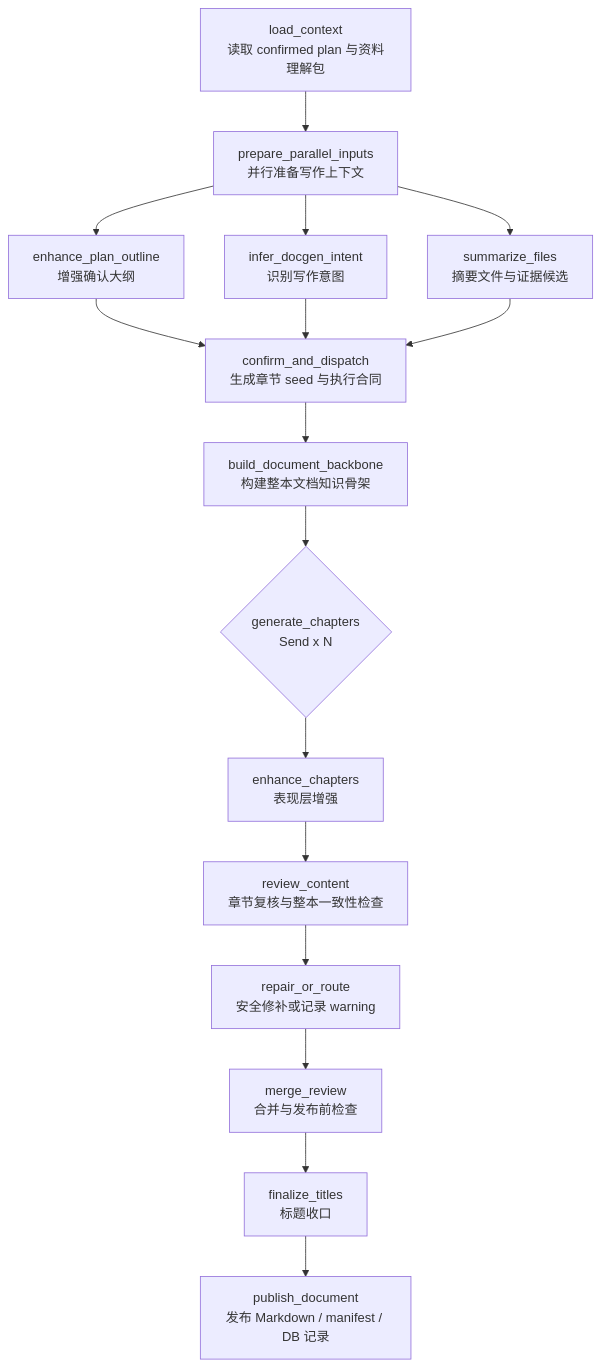
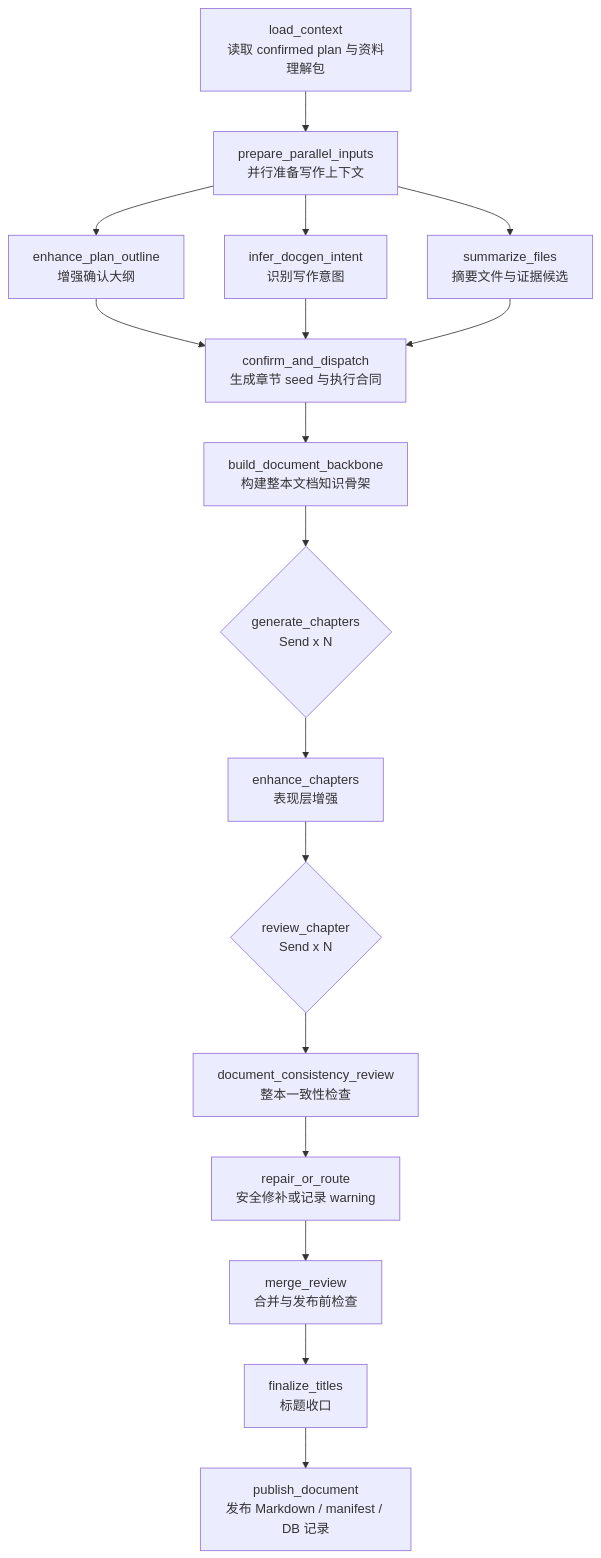
Before and after one commit to aiteachme/AITeachMe: the diagram in backend/app/workflows/digest/docgen/README.md, drawn with Mermaid. The commit also changed other lines of this file and 5 other files, not shown here.

````diff
--- a/backend/app/workflows/digest/docgen/README.md
+++ b/backend/app/workflows/digest/docgen/README.md
@@ -50,33 +51,35 @@
 ```mermaid
 flowchart TD
     A["load_context<br/>读取 confirmed plan 与资料理解包"]
     B["prepare_parallel_inputs<br/>并行准备写作上下文"]
     B1["enhance_plan_outline<br/>增强确认大纲"]
     B2["infer_docgen_intent<br/>识别写作意图"]
     B3["summarize_files<br/>摘要文件与证据候选"]
     C["confirm_and_dispatch<br/>生成章节 seed 与执行合同"]
     D["build_document_backbone<br/>构建整本文档知识骨架"]
     E{"generate_chapters<br/>Send x N"}
     F["enhance_chapters<br/>表现层增强"]
-    G["review_content<br/>章节复核与整本一致性检查"]
+    G1{"review_chapter<br/>Send x N"}
+    G2["document_consistency_review<br/>整本一致性检查"]
     H["repair_or_route<br/>安全修补或记录 warning"]
     I["merge_review<br/>合并与发布前检查"]
     J["finalize_titles<br/>标题收口"]
     K["publish_document<br/>发布 Markdown / manifest / DB 记录"]
 
     A --> B
     B --> B1
     B --> B2
     B --> B3
     B1 --> C
     B2 --> C
     B3 --> C
     C --> D
     D --> E
     E --> F
-    F --> G
-    G --> H
+    F --> G1
+    G1 --> G2
+    G2 --> H
     H --> I
     I --> J
     J --> K
 ```
````
